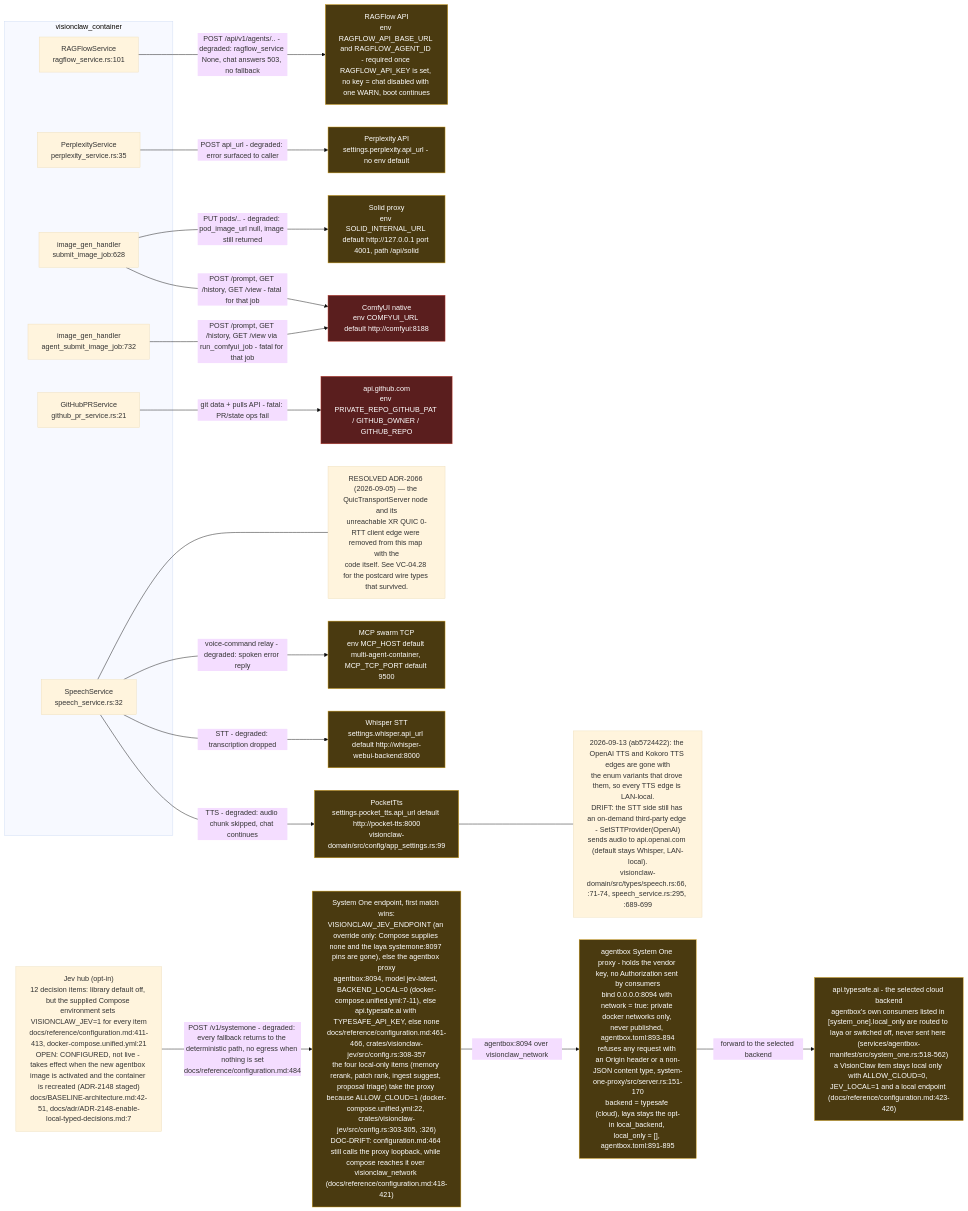
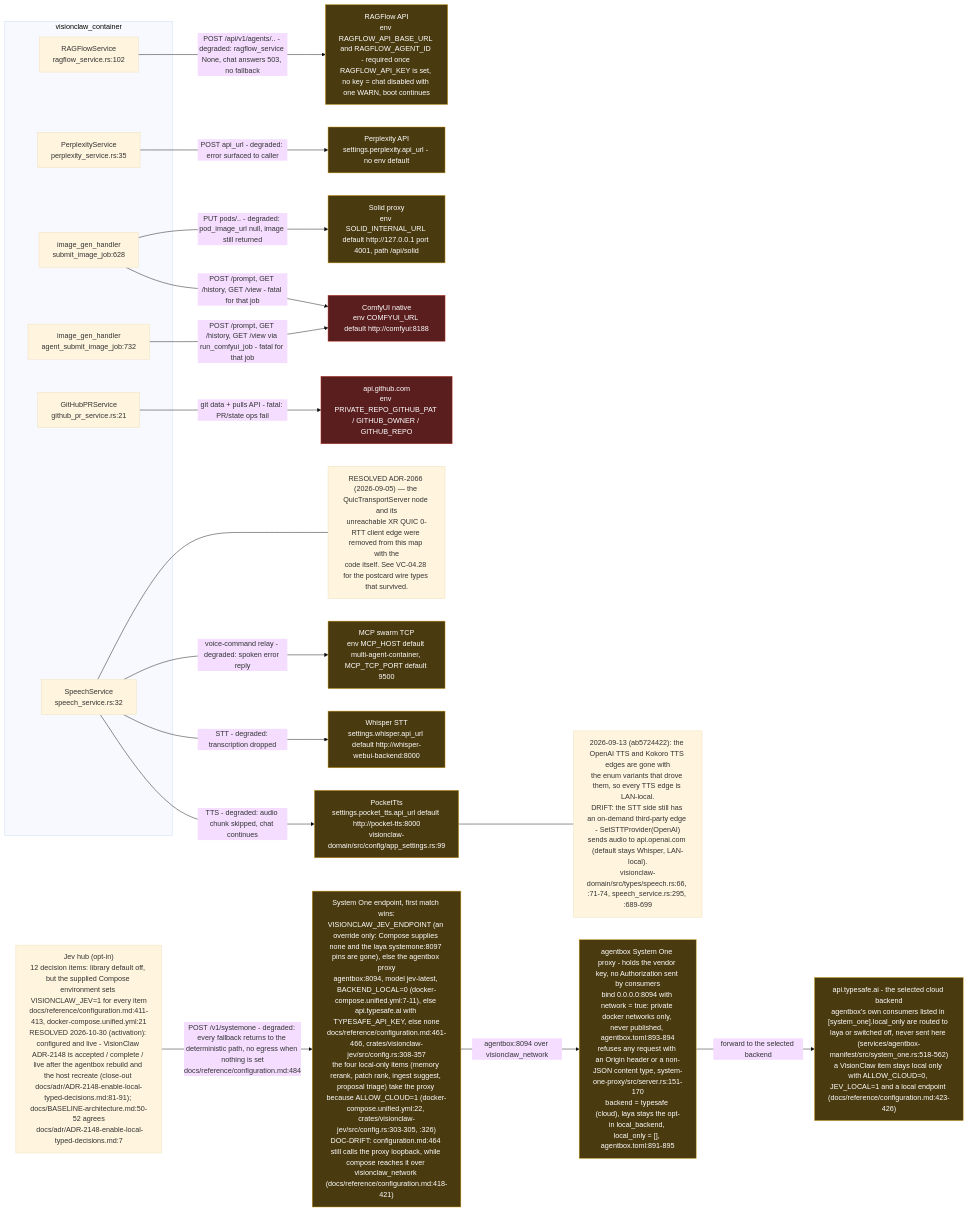
Before and after one commit to DreamLab-AI/VisionFlow: the eighth of 8 diagrams in docs/diagrams/visionclaw/28-external-services.md, drawn with Mermaid (base theme). The commit also changed other lines of this file and 151 other files, not shown here.

````diff
--- a/docs/diagrams/visionclaw/28-external-services.md
+++ b/docs/diagrams/visionclaw/28-external-services.md
@@ -383,47 +383,47 @@
 ```mermaid
 flowchart LR
     subgraph app["visionclaw_container"]
-        RS["RAGFlowService<br/>ragflow_service.rs:101"]
+        RS["RAGFlowService<br/>ragflow_service.rs:102"]
         PS["PerplexityService<br/>perplexity_service.rs:35"]
         IG["image_gen_handler<br/>submit_image_job:628"]
         AG["image_gen_handler<br/>agent_submit_image_job:732"]
         GH["GitHubPRService<br/>github_pr_service.rs:21"]
         SS["SpeechService<br/>speech_service.rs:32"]
     end
 
     RF["RAGFlow API<br/>env RAGFLOW_API_BASE_URL and RAGFLOW_AGENT_ID - required once RAGFLOW_API_KEY is set, no key = chat disabled with one WARN, boot continues"]
     PX["Perplexity API<br/>settings.perplexity.api_url - no env default"]
     CFU["ComfyUI native<br/>env COMFYUI_URL default http://comfyui:8188"]
     SOL["Solid proxy<br/>env SOLID_INTERNAL_URL default http://127.0.0.1 port 4001, path /api/solid"]
     GHA["api.github.com<br/>env PRIVATE_REPO_GITHUB_PAT / GITHUB_OWNER / GITHUB_REPO"]
     PT["PocketTts<br/>settings.pocket_tts.api_url default http://pocket-tts:8000<br/>visionclaw-domain/src/config/app_settings.rs:99"]
     WHI["Whisper STT<br/>settings.whisper.api_url default http://whisper-webui-backend:8000"]
     MCPS["MCP swarm TCP<br/>env MCP_HOST default multi-agent-container, MCP_TCP_PORT default 9500"]
 
     RS -->|"POST /api/v1/agents/.. - degraded: ragflow_service None, chat answers 503, no fallback"| RF
     PS -->|"POST api_url - degraded: error surfaced to caller"| PX
     IG -->|"POST /prompt, GET /history, GET /view - fatal for that job"| CFU
     AG -->|"POST /prompt, GET /history, GET /view via run_comfyui_job - fatal for that job"| CFU
     IG -->|"PUT pods/.. - degraded: pod_image_url null, image still returned"| SOL
     GH -->|"git data + pulls API - fatal: PR/state ops fail"| GHA
     SS -->|"TTS - degraded: audio chunk skipped, chat continues"| PT
     SS -->|"STT - degraded: transcription dropped"| WHI
     SS -->|"voice-command relay - degraded: spoken error reply"| MCPS
-    JV["Jev hub (opt-in)<br/>12 decision items: library default off, but the supplied Compose environment sets VISIONCLAW_JEV=1 for every item<br/>docs/reference/configuration.md:411-413, docker-compose.unified.yml:21<br/>OPEN: CONFIGURED, not live - takes effect when the new agentbox image is activated and the container is recreated (ADR-2148 staged)<br/>docs/BASELINE-architecture.md:42-51, docs/adr/ADR-2148-enable-local-typed-decisions.md:7"]
+    JV["Jev hub (opt-in)<br/>12 decision items: library default off, but the supplied Compose environment sets VISIONCLAW_JEV=1 for every item<br/>docs/reference/configuration.md:411-413, docker-compose.unified.yml:21<br/>RESOLVED 2026-10-30 (activation): configured and live - VisionClaw ADR-2148 is accepted / complete / live after the agentbox rebuild and the host recreate (close-out docs/adr/ADR-2148-enable-local-typed-decisions.md:81-91); docs/BASELINE-architecture.md:50-52 agrees<br/> docs/adr/ADR-2148-enable-local-typed-decisions.md:7"]
     JEP["System One endpoint, first match wins:<br/>VISIONCLAW_JEV_ENDPOINT (an override only: Compose supplies none and the laya systemone:8097 pins are gone), else the agentbox proxy<br/>agentbox:8094, model jev-latest, BACKEND_LOCAL=0 (docker-compose.unified.yml:7-11), else api.typesafe.ai with TYPESAFE_API_KEY, else none<br/>docs/reference/configuration.md:461-466, crates/visionclaw-jev/src/config.rs:308-357<br/>the four local-only items (memory rerank, patch rank, ingest suggest, proposal triage) take the proxy because ALLOW_CLOUD=1 (docker-compose.unified.yml:22, crates/visionclaw-jev/src/config.rs:303-305, :326)<br/>DOC-DRIFT: configuration.md:464 still calls the proxy loopback, while compose reaches it over visionclaw_network (docs/reference/configuration.md:418-421)"]
     AB["agentbox System One proxy - holds the vendor key, no Authorization sent by consumers<br/>bind 0.0.0.0:8094 with network = true: private docker networks only, never published, agentbox.toml:893-894<br/>refuses any request with an Origin header or a non-JSON content type, system-one-proxy/src/server.rs:151-170<br/>backend = typesafe (cloud), laya stays the opt-in local_backend, local_only = [], agentbox.toml:891-895"]
     TS["api.typesafe.ai - the selected cloud backend<br/>agentbox's own consumers listed in [system_one].local_only are routed to laya or switched off, never sent here (services/agentbox-manifest/src/system_one.rs:518-562)<br/>a VisionClaw item stays local only with ALLOW_CLOUD=0, JEV_LOCAL=1 and a local endpoint (docs/reference/configuration.md:423-426)"]
     JV -->|"POST /v1/systemone - degraded: every fallback returns to the deterministic path, no egress when nothing is set<br/>docs/reference/configuration.md:484"| JEP
     JEP -->|"agentbox:8094 over visionclaw_network"| AB
     AB -->|"forward to the selected backend"| TS
 
     N1["RESOLVED ADR-2066 (2026-09-05) — the QuicTransportServer node and its<br/>unreachable XR QUIC 0-RTT client edge were removed from this map with the<br/>code itself. See VC-04.28 for the postcard wire types that survived."]
     SS --- N1
     N2["2026-09-13 (ab5724422): the OpenAI TTS and Kokoro TTS edges are gone with<br/>the enum variants that drove them, so every TTS edge is LAN-local.<br/>DRIFT: the STT side still has an on-demand third-party edge - SetSTTProvider(OpenAI)<br/>sends audio to api.openai.com (default stays Whisper, LAN-local).<br/>visionclaw-domain/src/types/speech.rs:66, :71-74, speech_service.rs:295, :689-699"]
     PT --- N2
 
     classDef fatal fill:#5a1e1e,stroke:#c0392b,color:#fff
     classDef degraded fill:#4a3a10,stroke:#d4a017,color:#fff
     class GHA,CFU fatal
     class RF,PX,SOL,PT,WHI,MCPS,JEP,AB,TS degraded
 ```
````
